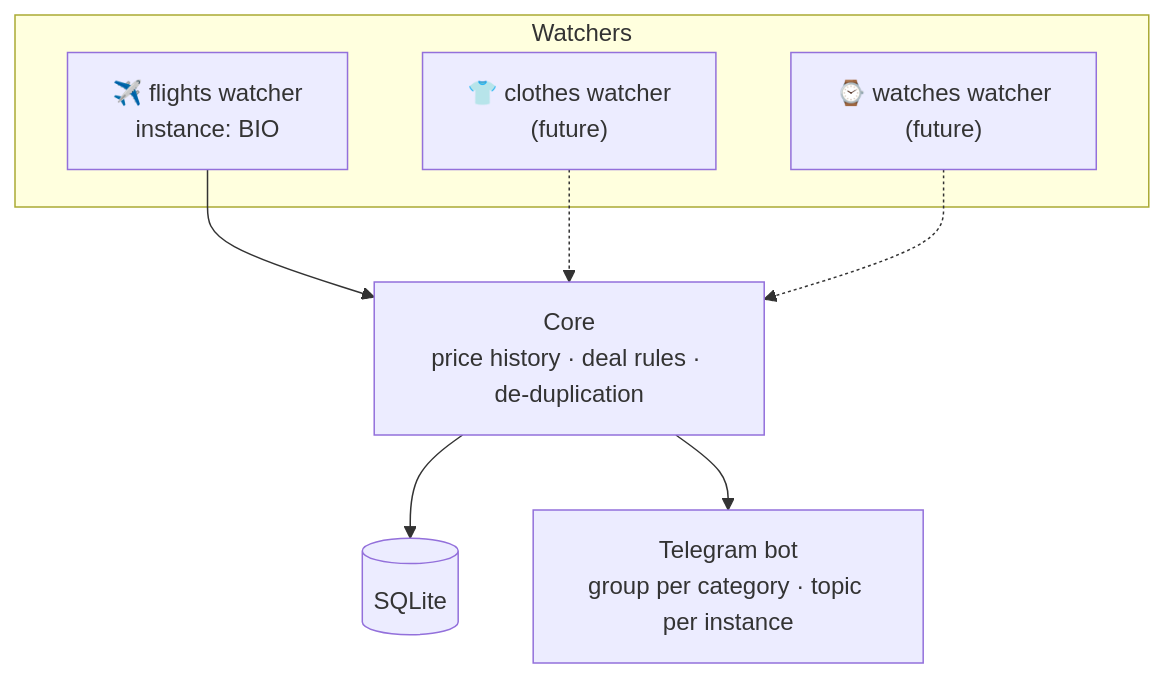
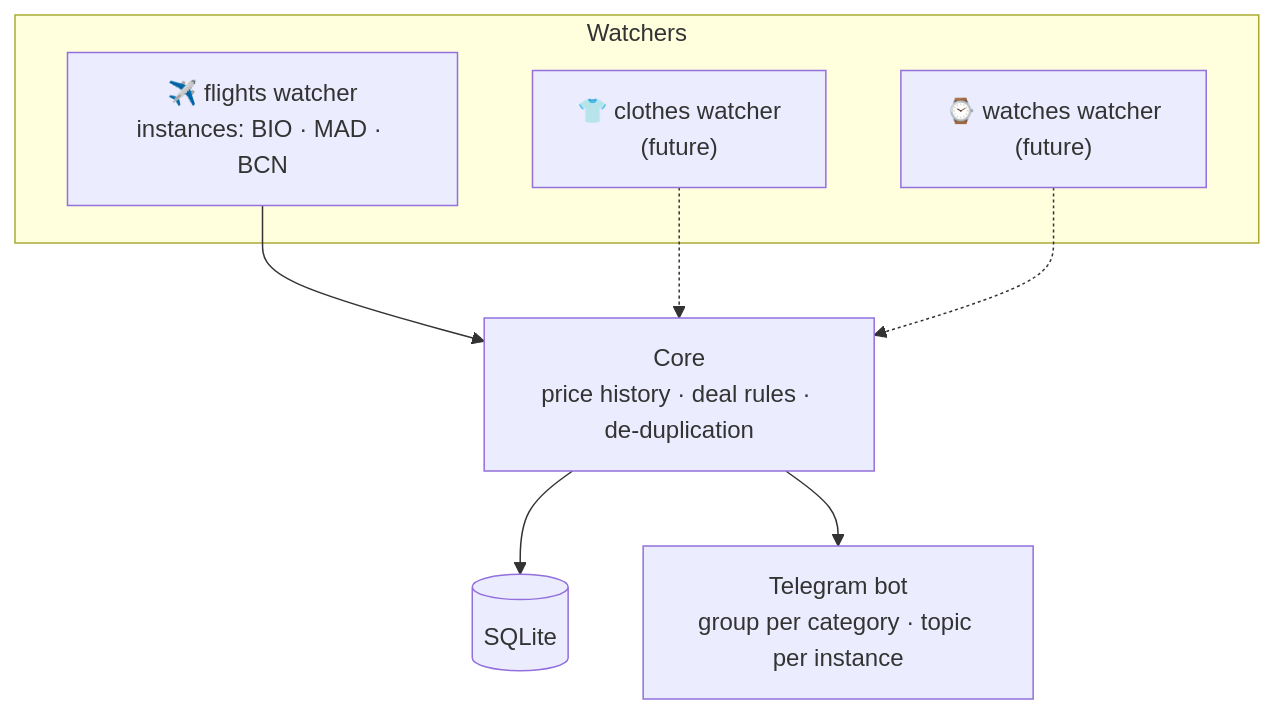
One commit to borjaviadero/bilbao-flight-deals changed the diagram in README.md. Above: the diagram before and after it, drawn with Mermaid. The commit also changed other lines of this file and 18 other files, not shown here.

````diff
--- a/README.md
+++ b/README.md
@@ -47,13 +54,13 @@
 ```mermaid
 flowchart TD
     subgraph Watchers
-        F["✈️ flights watcher<br/>instance: BIO"]
+        F["✈️ flights watcher<br/>instances: BIO · MAD · BCN"]
         C["👕 clothes watcher<br/>(future)"]
         W["⌚ watches watcher<br/>(future)"]
     end
     F --> CORE
     C -.-> CORE
     W -.-> CORE
     CORE["Core<br/>price history · deal rules · de-duplication"] --> DB[("SQLite")]
     CORE --> TG["Telegram bot<br/>group per category · topic per instance"]
 ```
````
